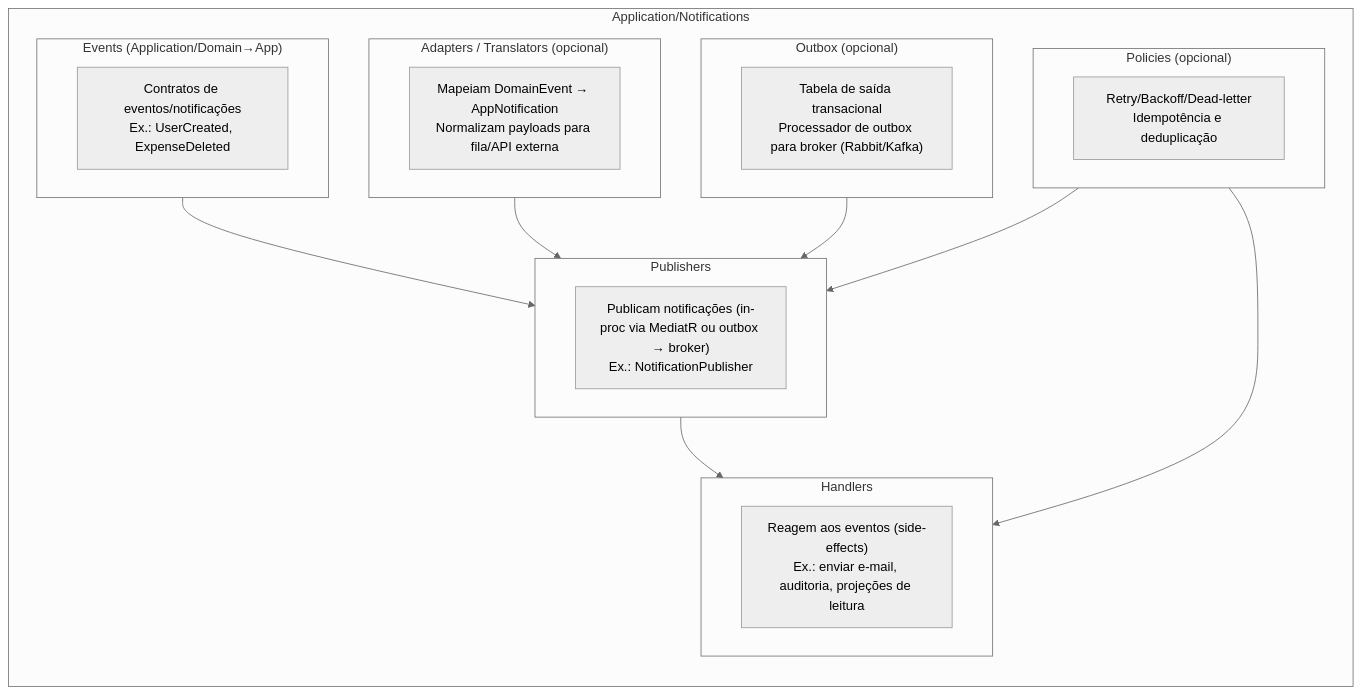
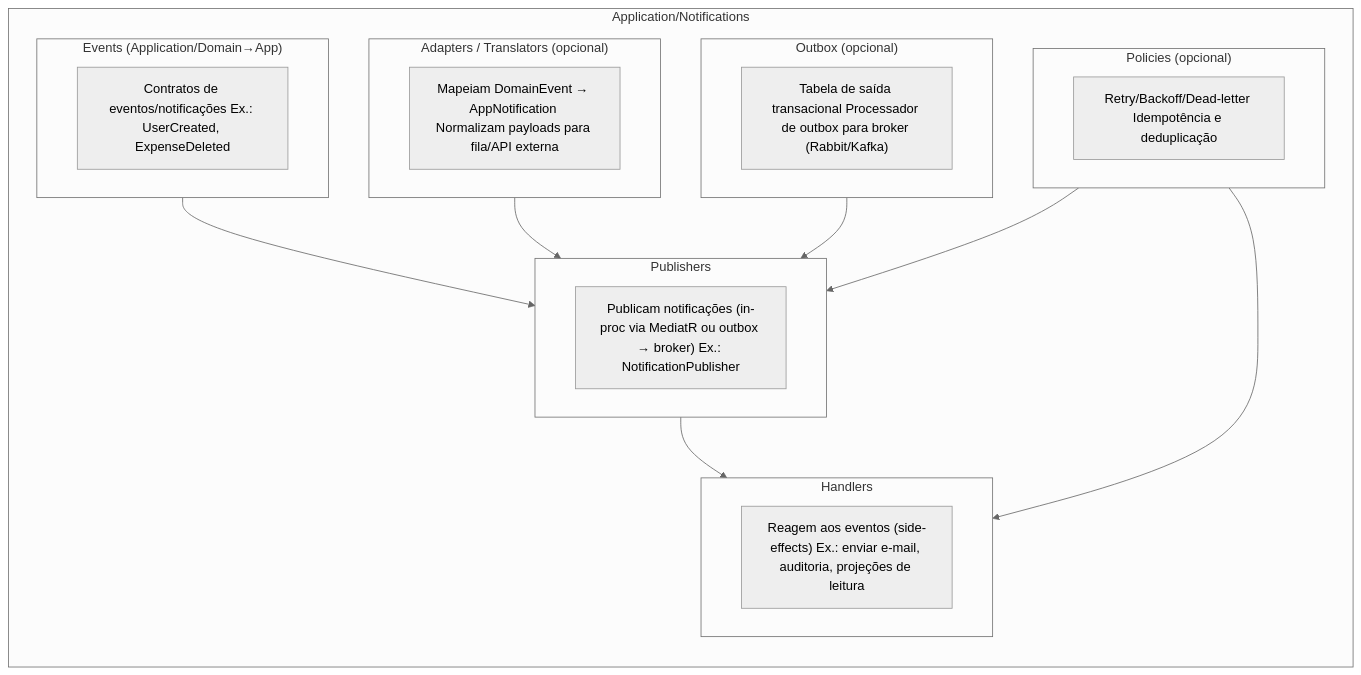
Before and after one commit to rodrigofurlaneti/FSI.Authentication.Api.BackEnd: the tenth of 10 diagrams in README.md, drawn with Mermaid (neutral theme). The commit also changed other lines of this file, not shown here.

````diff
--- a/README.md
+++ b/README.md
@@ -360,41 +360,41 @@
 ```mermaid
 %%{init: {"flowchart": {"htmlLabels": false}} }%%
 flowchart TB
 
   subgraph Notifications["Application/Notifications"]
     direction TB
 
     subgraph Events["Events (Application/Domain→App)"]
-      E_desc["Contratos de eventos/notificações\nEx.: UserCreated, ExpenseDeleted"]
+      E_desc["Contratos de eventos/notificações Ex.: UserCreated, ExpenseDeleted"]
     end
 
     subgraph Publishers["Publishers"]
-      P_desc["Publicam notificações (in-proc via MediatR ou outbox → broker)\nEx.: NotificationPublisher"]
+      P_desc["Publicam notificações (in-proc via MediatR ou outbox → broker) Ex.: NotificationPublisher"]
     end
 
     subgraph Handlers["Handlers"]
-      H_desc["Reagem aos eventos (side-effects)\nEx.: enviar e-mail, auditoria, projeções de leitura"]
+      H_desc["Reagem aos eventos (side-effects) Ex.: enviar e-mail, auditoria, projeções de leitura"]
     end
 
     subgraph Adapters["Adapters / Translators (opcional)"]
-      A_desc["Mapeiam DomainEvent → AppNotification\nNormalizam payloads para fila/API externa"]
+      A_desc["Mapeiam DomainEvent → AppNotification Normalizam payloads para fila/API externa"]
     end
 
     subgraph Outbox["Outbox (opcional)"]
-      O_desc["Tabela de saída transacional\nProcessador de outbox para broker (Rabbit/Kafka)"]
+      O_desc["Tabela de saída transacional Processador de outbox para broker (Rabbit/Kafka)"]
     end
 
     subgraph Policies["Policies (opcional)"]
-      PL_desc["Retry/Backoff/Dead-letter\nIdempotência e deduplicação"]
+      PL_desc["Retry/Backoff/Dead-letter Idempotência e deduplicação"]
     end
   end
 
   %% Relações
   Events --> Publishers
   Publishers --> Handlers
   Adapters --> Publishers
   Outbox --> Publishers
   Policies --> Handlers
   Policies --> Publishers
 
   ```
````
